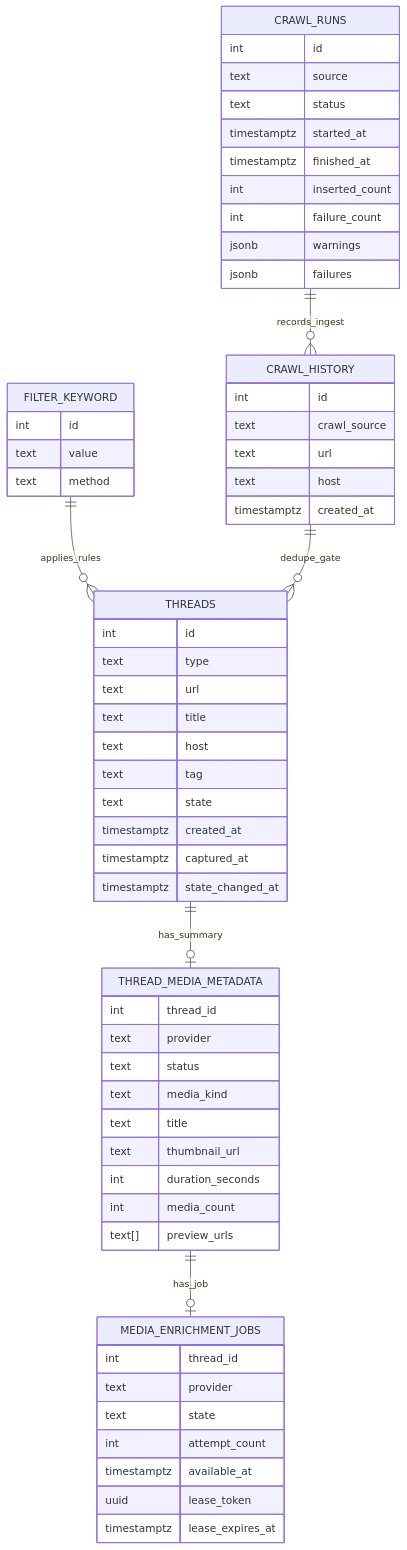
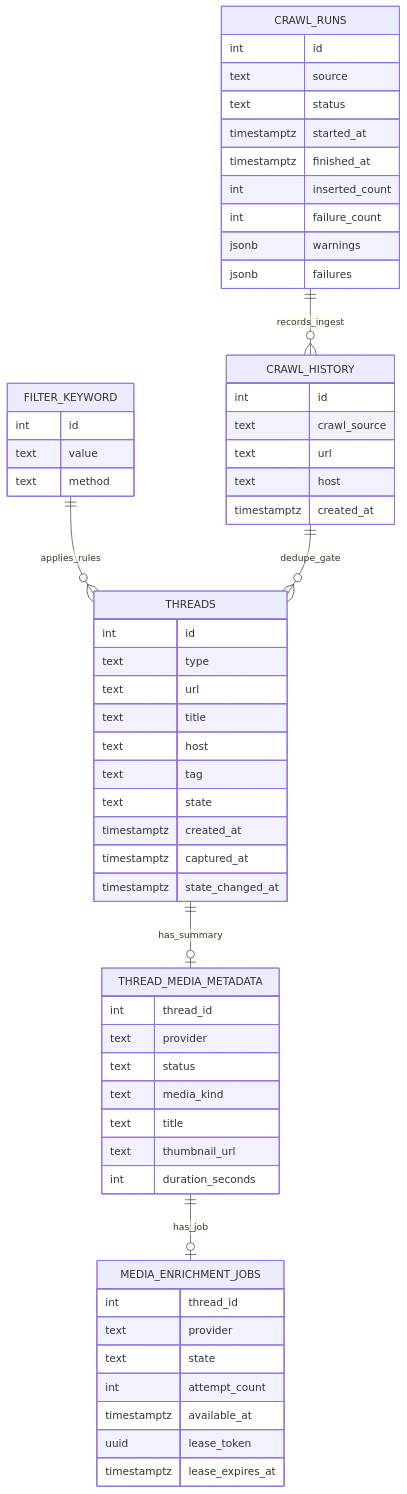
One commit to rlatmfrl24/applemint-v3 changed the diagram in README.md. Above: the diagram before and after it, drawn with Mermaid. The commit also changed other lines of this file and 33 other files, not shown here.

````diff
--- a/README.md
+++ b/README.md
@@ -96,69 +96,67 @@
 ```mermaid
 erDiagram
     FILTER_KEYWORD {
       int id
       text value
       text method
     }
 
     CRAWL_HISTORY {
       int id
       text crawl_source
       text url
       text host
       timestamptz created_at
     }
 
     CRAWL_RUNS {
       int id
       text source
       text status
       timestamptz started_at
       timestamptz finished_at
       int inserted_count
       int failure_count
       jsonb warnings
       jsonb failures
     }
 
     THREADS {
       int id
       text type
       text url
       text title
       text host
       text tag
       text state
       timestamptz created_at
       timestamptz captured_at
       timestamptz state_changed_at
     }
 
     THREAD_MEDIA_METADATA {
       int thread_id
       text provider
       text status
       text media_kind
       text title
       text thumbnail_url
       int duration_seconds
-      int media_count
-      text[] preview_urls
     }
 
     MEDIA_ENRICHMENT_JOBS {
       int thread_id
       text provider
       text state
       int attempt_count
       timestamptz available_at
       uuid lease_token
       timestamptz lease_expires_at
     }
 
     FILTER_KEYWORD ||--o{ THREADS : applies_rules
     CRAWL_HISTORY ||--o{ THREADS : dedupe_gate
     CRAWL_RUNS ||--o{ CRAWL_HISTORY : records_ingest
     THREADS ||--o| THREAD_MEDIA_METADATA : has_summary
     THREAD_MEDIA_METADATA ||--o| MEDIA_ENRICHMENT_JOBS : has_job
 ```
````
